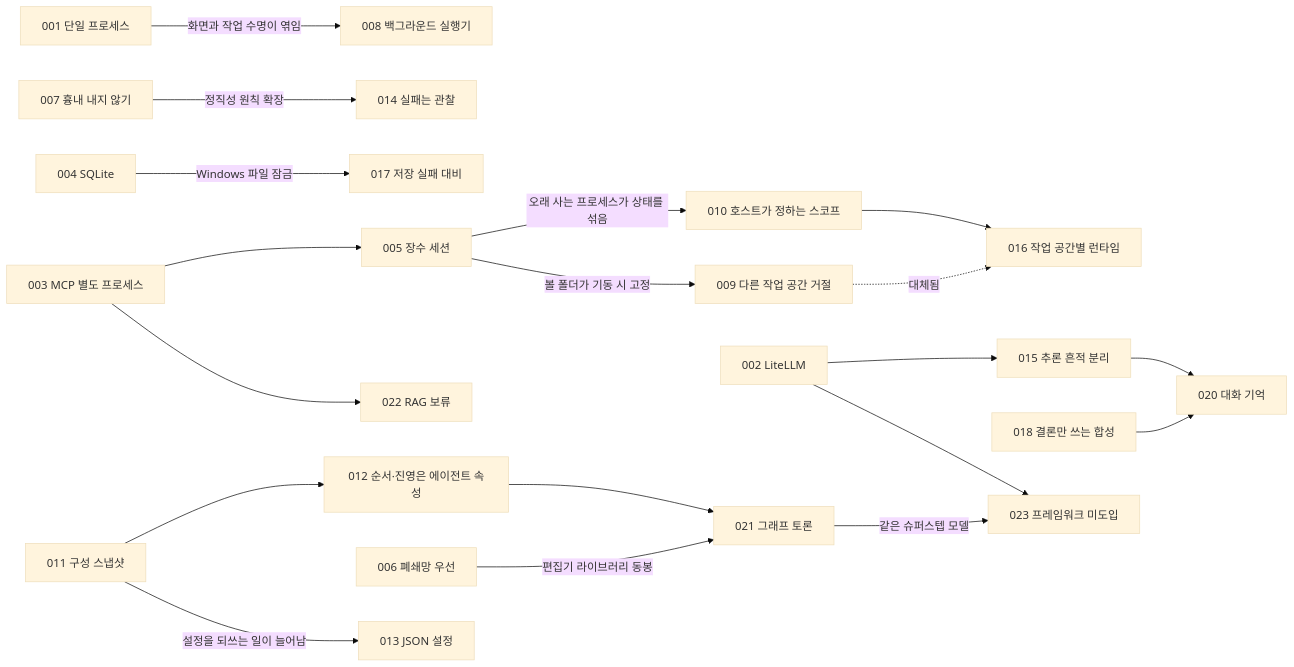
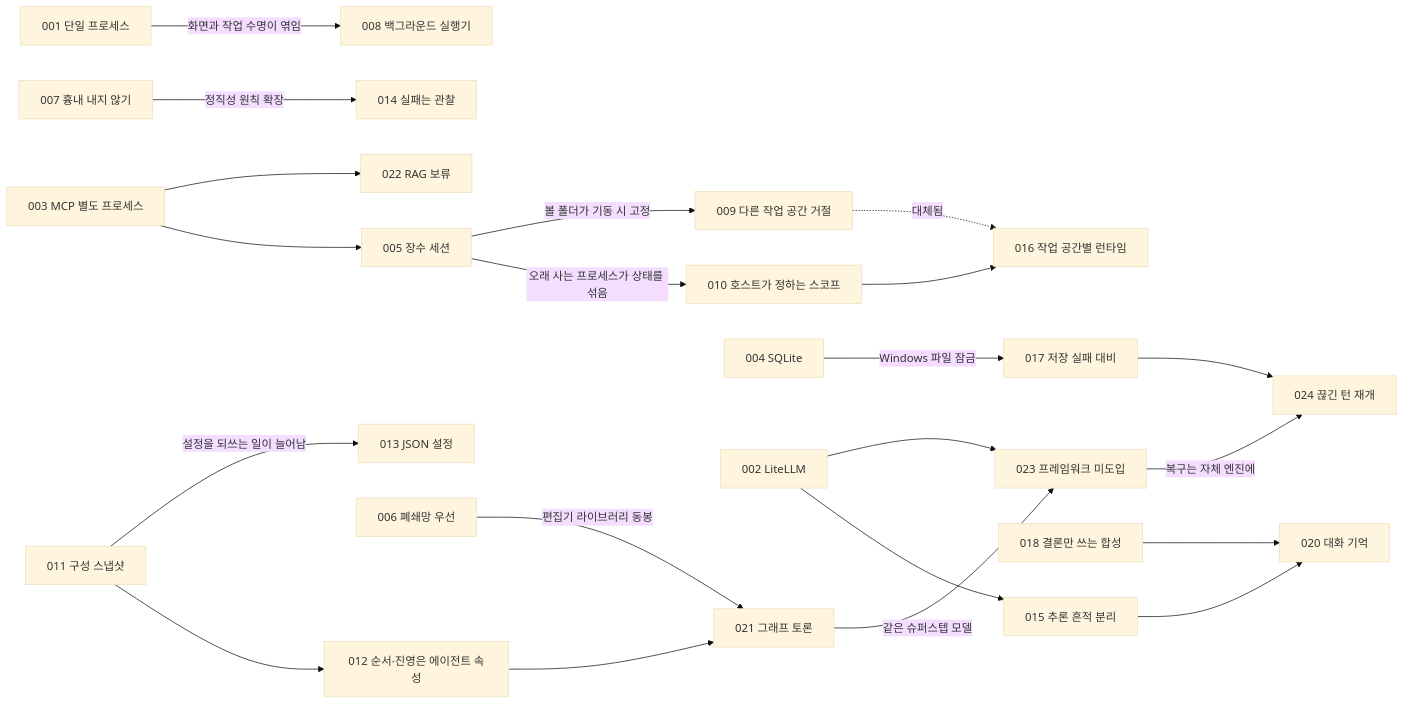
Before and after one commit to HaJaehee/MultiAgentDebateAndOrchestrationPlatform: the diagram in lectures/05-adr/README.md, drawn with Mermaid (base theme). The commit also changed other lines of this file and 3 other files, not shown here.

````diff
--- a/lectures/05-adr/README.md
+++ b/lectures/05-adr/README.md
@@ -68,21 +69,23 @@
 ```mermaid
 flowchart LR
     A001["001 단일 프로세스"] -->|"화면과 작업 수명이 엮임"| A008["008 백그라운드 실행기"]
     A003["003 MCP 별도 프로세스"] --> A005["005 장수 세션"]
     A005 -->|"오래 사는 프로세스가 상태를 섞음"| A010["010 호스트가 정하는 스코프"]
     A005 -->|"볼 폴더가 기동 시 고정"| A009["009 다른 작업 공간 거절"]
     A009 -.->|"대체됨"| A016["016 작업 공간별 런타임"]
     A010 --> A016
     A007["007 흉내 내지 않기"] -->|"정직성 원칙 확장"| A014["014 실패는 관찰"]
     A004["004 SQLite"] -->|"Windows 파일 잠금"| A017["017 저장 실패 대비"]
     A011["011 구성 스냅샷"] --> A012["012 순서·진영은 에이전트 속성"]
     A011 -->|"설정을 되쓰는 일이 늘어남"| A013["013 JSON 설정"]
     A002["002 LiteLLM"] --> A015["015 추론 흔적 분리"]
     A015 --> A020["020 대화 기억"]
     A018["018 결론만 쓰는 합성"] --> A020
     A012 --> A021["021 그래프 토론"]
     A006["006 폐쇄망 우선"] -->|"편집기 라이브러리 동봉"| A021
     A003 --> A022["022 RAG 보류"]
     A002 --> A023["023 프레임워크 미도입"]
     A021 -->|"같은 슈퍼스텝 모델"| A023
+    A023 -->|"복구는 자체 엔진에"| A024["024 끊긴 턴 재개"]
+    A017 --> A024
 ```
````
